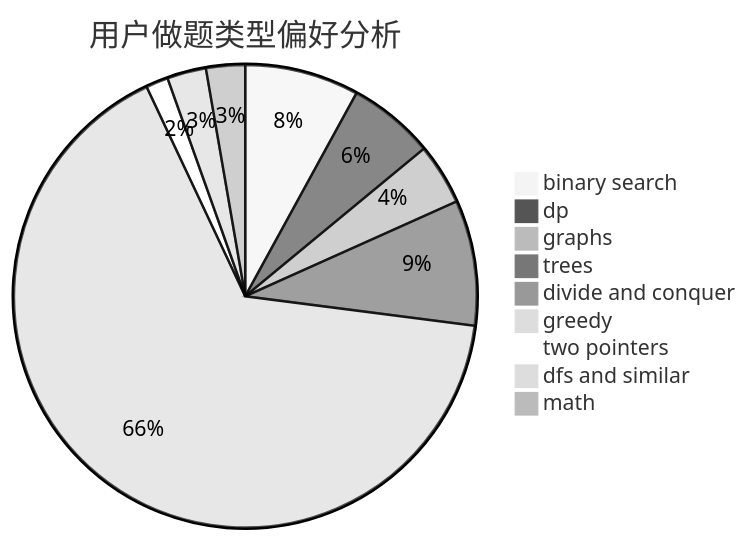
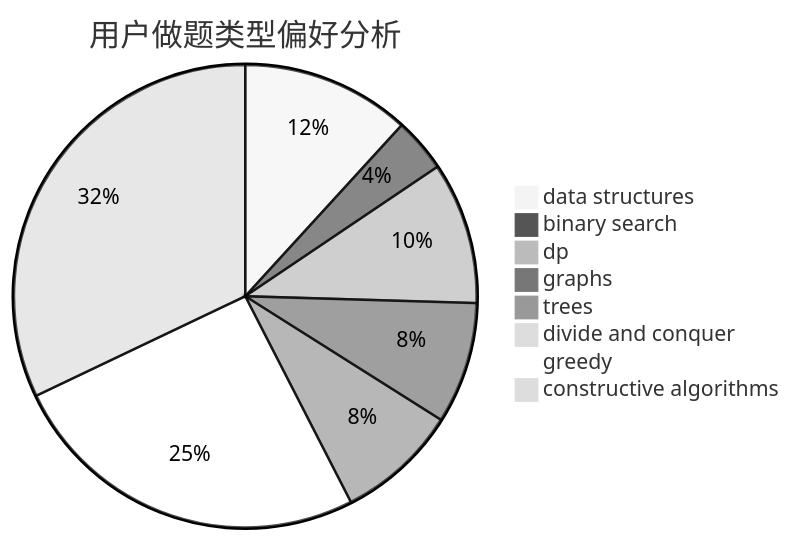
The second of 3 diagrams in docs/user/u1110.md (sherpahu/cfrs.github.io), drawn with Mermaid (neutral theme) before and after one commit. The commit also changed other lines of this file and 2775 other files, not shown here.

````diff
--- a/docs/user/u1110.md
+++ b/docs/user/u1110.md
@@ -23,12 +23,11 @@
 ```mermaid
 pie title 用户做题类型偏好分析
-    "binary search" :  41
-    "dp" :  31
-    "graphs" :  22
-    "trees" :  45
-    "divide and conquer" :  1
-    "greedy" :  339
-    "two pointers" :  8
-    "dfs and similar" :  14
-    "math" :  14
+    "data structures" :  25
+    "binary search" :  8
+    "dp" :  21
+    "graphs" :  18
+    "trees" :  18
+    "divide and conquer" :  0
+    "greedy" :  54
+    "constructive algorithms" :  68
 ```
````
